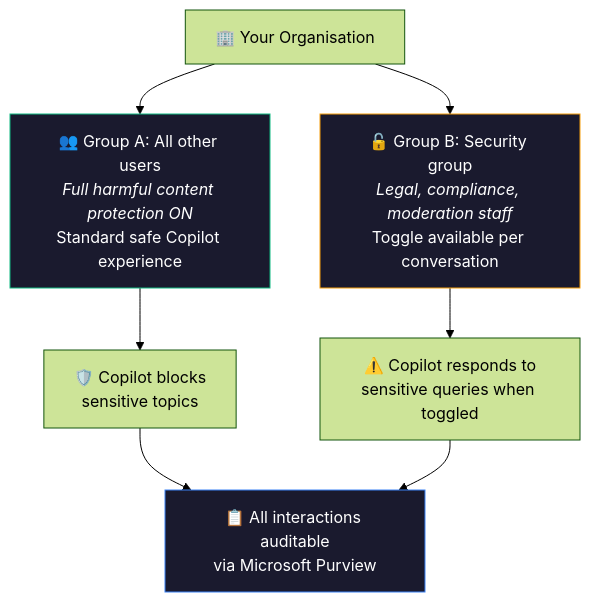
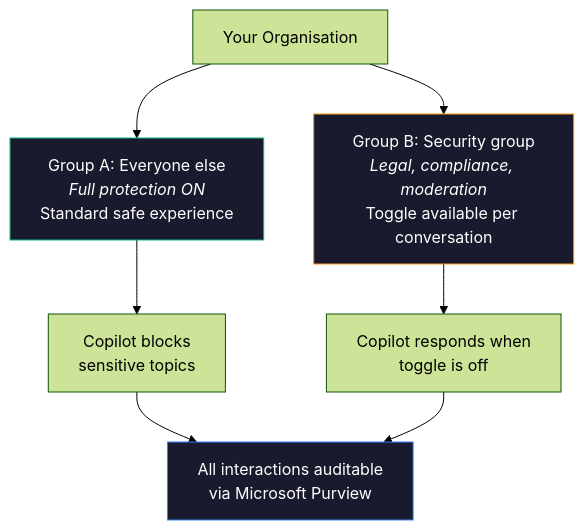
Before and after one commit to susanthgit/aguidetocloud-revamp: the third of 4 diagrams in content/blog/microsoft-365-copilot-content-safety-controls-complete-guide-for-admins.md, drawn with Mermaid (forest theme). The commit also changed other lines of this file, not shown here.

First line of the commit message:
Rewrite content safety blog in authentic voice (proof of concept)

````diff
--- a/content/blog/microsoft-365-copilot-content-safety-controls-complete-guide-for-admins.md
+++ b/content/blog/microsoft-365-copilot-content-safety-controls-complete-guide-for-admins.md
@@ -211,15 +210,15 @@
 ```mermaid
 flowchart TD
-    A["🏢 Your Organisation"] --> B["👥 Group A: All other users<br/><i>Full harmful content protection ON</i><br/>Standard safe Copilot experience"]
-    A --> C["🔓 Group B: Security group<br/><i>Legal, compliance, moderation staff</i><br/>Toggle available per conversation"]
+    A["Your Organisation"] --> B["Group A: Everyone else<br/><i>Full protection ON</i><br/>Standard safe experience"]
+    A --> C["Group B: Security group<br/><i>Legal, compliance, moderation</i><br/>Toggle available per conversation"]
     
-    B --> D["🛡️ Copilot blocks<br/>sensitive topics"]
-    C --> E["⚠️ Copilot responds to<br/>sensitive queries when toggled"]
+    B --> D["Copilot blocks<br/>sensitive topics"]
+    C --> E["Copilot responds when<br/>toggle is off"]
     
-    D --> F["📋 All interactions auditable<br/>via Microsoft Purview"]
+    D --> F["All interactions auditable<br/>via Microsoft Purview"]
     E --> F
     
     style B fill:#1a1a2e,stroke:#10B981,color:#fff
     style C fill:#1a1a2e,stroke:#F59E0B,color:#fff
     style F fill:#1a1a2e,stroke:#3B82F6,color:#fff
 ```
````
